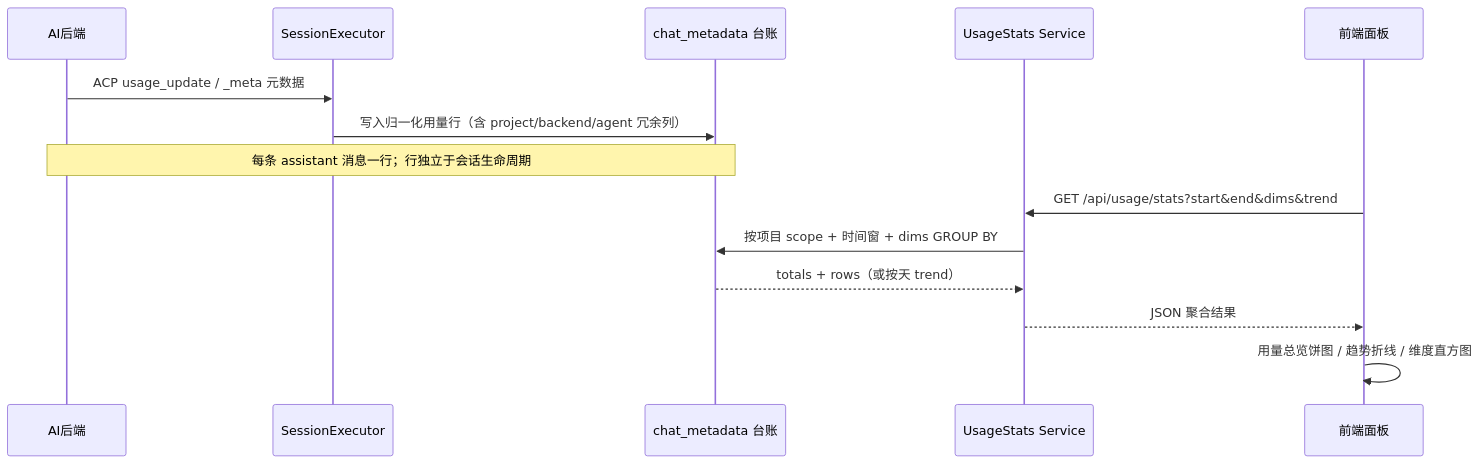
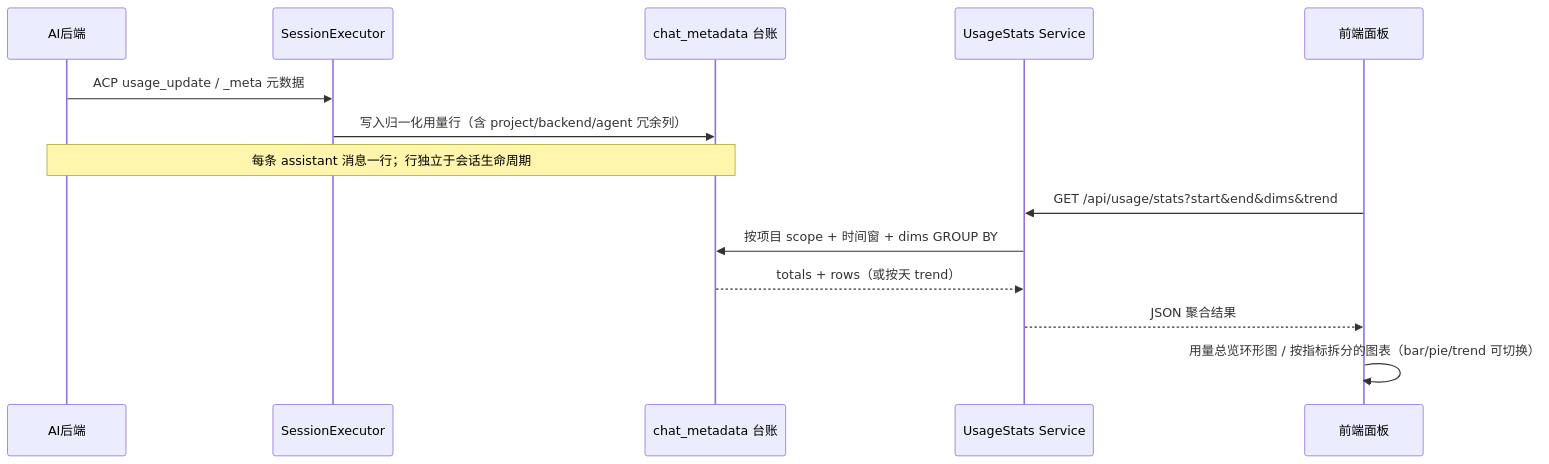
One commit to clawbench-dev/clawbench changed the first of 2 diagrams in docs/spec/features/usage-stats.md. Above: the diagram before and after it, drawn with Mermaid. The commit also changed other lines of this file and 9 other files, not shown here.

````diff
--- a/docs/spec/features/usage-stats.md
+++ b/docs/spec/features/usage-stats.md
@@ -9,17 +9,17 @@
 ```mermaid
 sequenceDiagram
     participant AI后端
     participant SessionExecutor
     participant 用量台账 as chat_metadata 台账
     participant UsageStats Service
     participant 前端面板
 
     AI后端->>SessionExecutor: ACP usage_update / _meta 元数据
     SessionExecutor->>用量台账: 写入归一化用量行（含 project/backend/agent 冗余列）
     Note over AI后端,用量台账: 每条 assistant 消息一行；行独立于会话生命周期
     前端面板->>UsageStats Service: GET /api/usage/stats?start&end&dims&trend
     UsageStats Service->>用量台账: 按项目 scope + 时间窗 + dims GROUP BY
     用量台账-->>UsageStats Service: totals + rows（或按天 trend）
     UsageStats Service-->>前端面板: JSON 聚合结果
-    前端面板->>前端面板: 用量总览饼图 / 趋势折线 / 维度直方图
+    前端面板->>前端面板: 用量总览环形图 / 按指标拆分的图表（bar/pie/trend 可切换）
 ```
````
